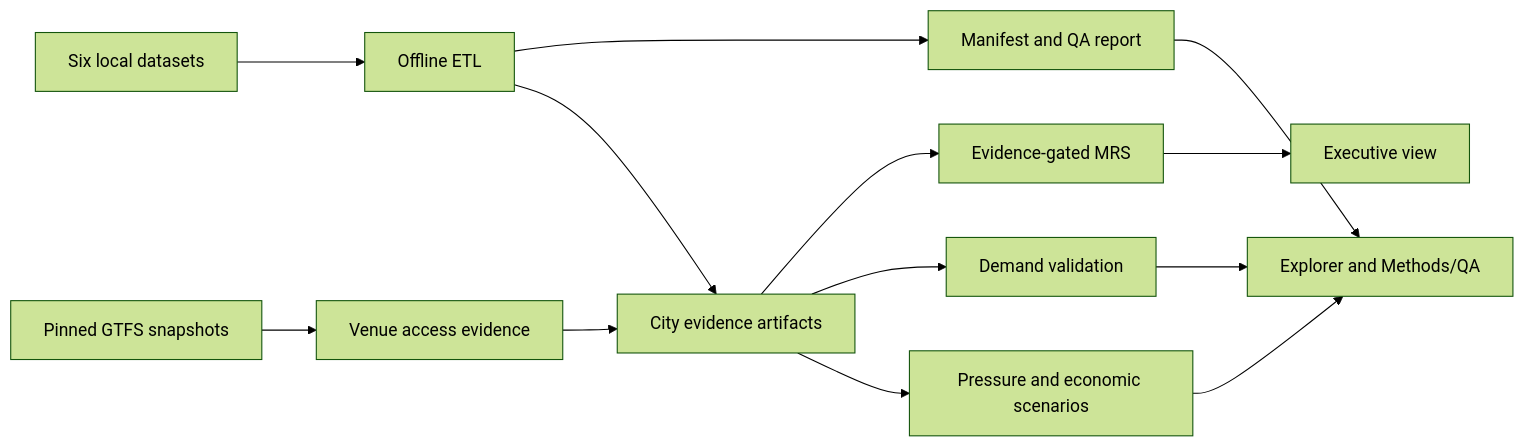
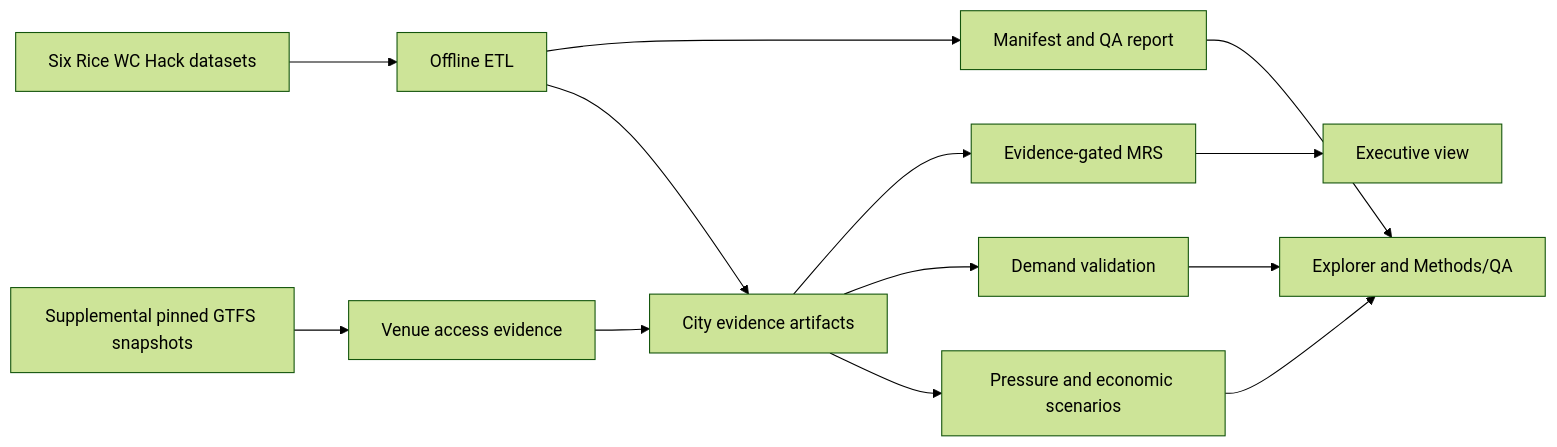
The diagram in docs/METHODOLOGY.md (Wei-Ping-Lam/mobility-platform), drawn with Mermaid (forest theme) before and after one commit. The commit also changed other lines of this file and 5 other files, not shown here.

````diff
--- a/docs/METHODOLOGY.md
+++ b/docs/METHODOLOGY.md
@@ -6,15 +6,15 @@
 ```mermaid
 flowchart LR
-  A[Six local datasets] --> B[Offline ETL]
-  G[Pinned GTFS snapshots] --> C[Venue access evidence]
+  A[Six Rice WC Hack datasets] --> B[Offline ETL]
+  G[Supplemental pinned GTFS snapshots] --> C[Venue access evidence]
   B --> D[Manifest and QA report]
   B --> E[City evidence artifacts]
   C --> E
   E --> F[Evidence-gated MRS]
   E --> H[Demand validation]
   E --> I[Pressure and economic scenarios]
   F --> J[Executive view]
   H --> K[Explorer and Methods/QA]
   I --> K
   D --> K
 ```
````
